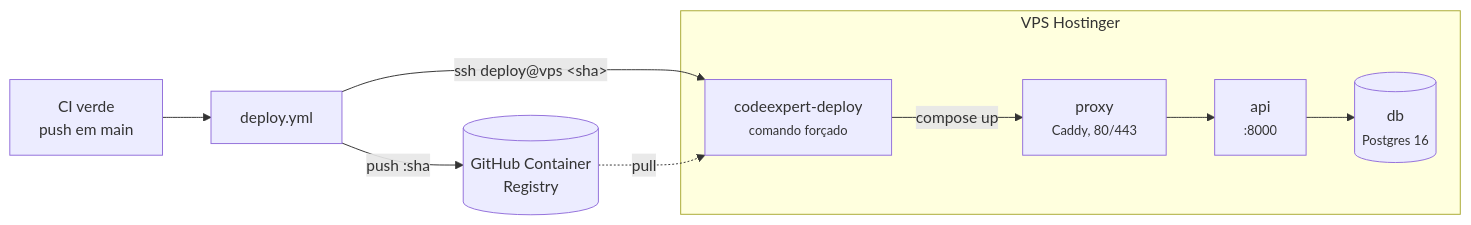
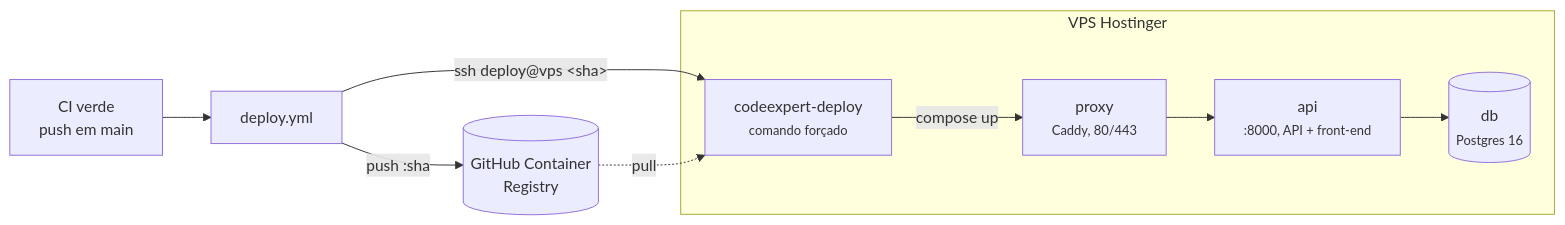
Before and after one commit to TUTOR-IA-Makers/tutor-ia: the diagram in docs/guides/deploy.md, drawn with Mermaid. The commit also changed other lines of this file and 6 other files, not shown here.

First line of the commit message:
docs: documenta o front-end servido pela imagem da API

````diff
--- a/docs/guides/deploy.md
+++ b/docs/guides/deploy.md
@@ -12,12 +12,12 @@
 ```mermaid
 flowchart LR
     CI["CI verde<br/>push em main"] --> GH["deploy.yml"]
     GH -->|push :sha| GHCR[("GitHub Container<br/>Registry")]
     GH -->|"ssh deploy@vps &lt;sha&gt;"| D
     subgraph VPS["VPS Hostinger"]
         D["codeexpert-deploy<br/><small>comando forçado</small>"] -->|compose up| PX
-        PX["proxy<br/><small>Caddy, 80/443</small>"] --> API["api<br/><small>:8000</small>"]
+        PX["proxy<br/><small>Caddy, 80/443</small>"] --> API["api<br/><small>:8000, API + front-end</small>"]
         API --> DB[("db<br/><small>Postgres 16</small>")]
     end
     GHCR -.->|pull| D
 ```
````
